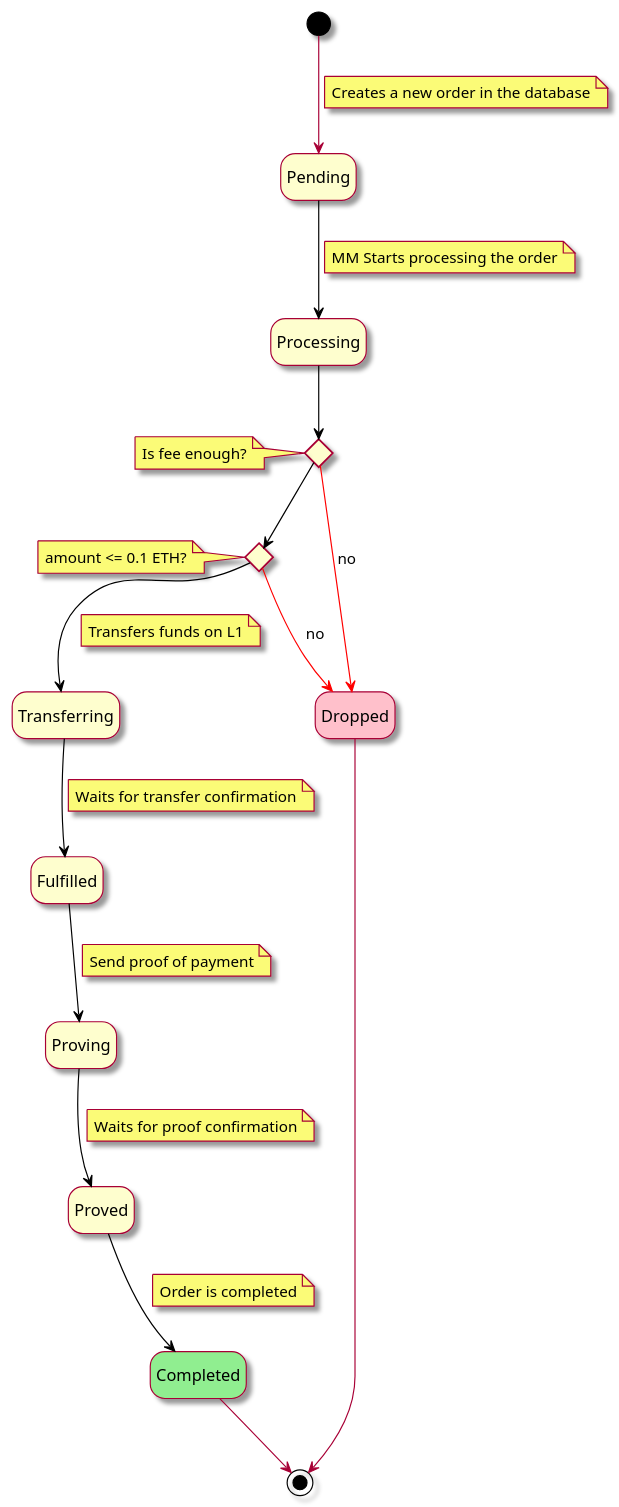
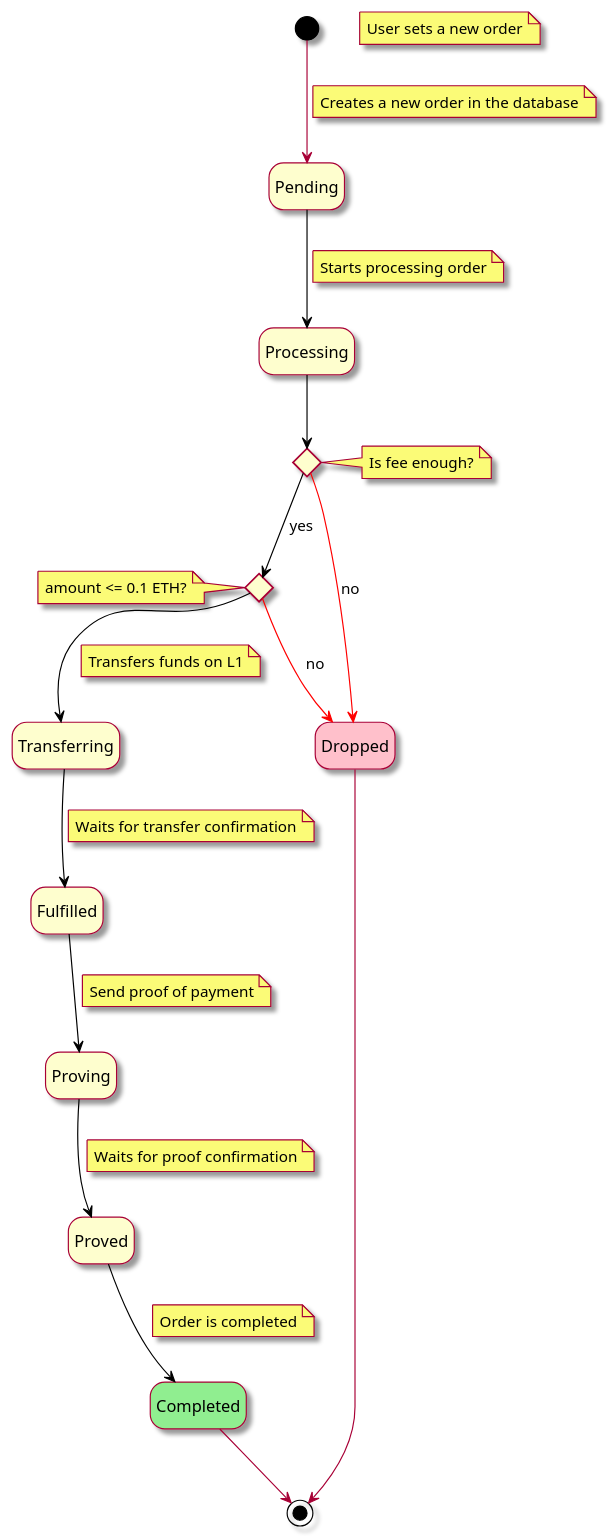
Before and after one commit to yetanotherco/yet-another-bridge: the diagram in mm-bot/docs/diagrams/state_diagram.puml, drawn with PlantUML. The commit also changed 1 other file, not shown here.

Commit message:
docs(mm-bots): update state diagram

```diff
--- a/mm-bot/docs/diagrams/state_diagram.puml
+++ b/mm-bot/docs/diagrams/state_diagram.puml
@@ -1,66 +1,67 @@
 @startuml
 
 skin rose
 hide empty description
 
 State Pending
 State Processing
 State Transferring
 State Fulfilled
 State Proving
 State Proved
 State Completed #lightgreen
 State Dropped #pink
 
+note "User sets a new order" as N1
 [*] -d-> Pending
 note on link
   Creates a new order in the database
 end note
 
 Pending -d[#black]-> Processing
 note on link
-  MM Starts processing the order
+  Starts processing order
 end note
 
 State CheckFee <<choice>>
-note left of CheckFee
+note right of CheckFee
     Is fee enough?
 end note
 State CheckAmount <<choice>>
 note left of CheckAmount
     amount <= 0.1 ETH?
 end note
 Processing -d[#black]-> CheckFee
-CheckFee -[#black]-> CheckAmount
+CheckFee -[#black]-> CheckAmount : yes
 CheckFee -r[#red]-> Dropped : no
 
-CheckAmount -d[#black]-> Transferring
+CheckAmount -[#black]-> Transferring
 note on link
   Transfers funds on L1
 end note
 CheckAmount -d[#red]-> Dropped : no
 
 Transferring -d[#black]-> Fulfilled
 note on link
   Waits for transfer confirmation
 end note
 
 Fulfilled -d[#black]-> Proving
 note on link
   Send proof of payment
 end note
 
 Proving -d[#black]-> Proved
 note on link
   Waits for proof confirmation
 end note
 
 Proved -d[#black]-> Completed
 note on link
   Order is completed
 end note
 
 Completed -d-> [*]
 Dropped --> [*]
 
 @enduml
```
